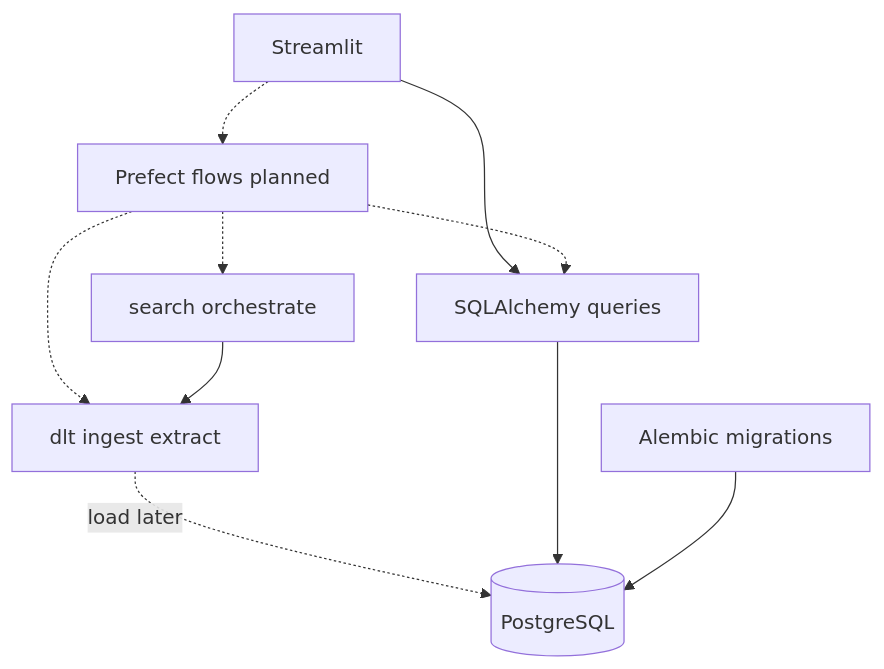
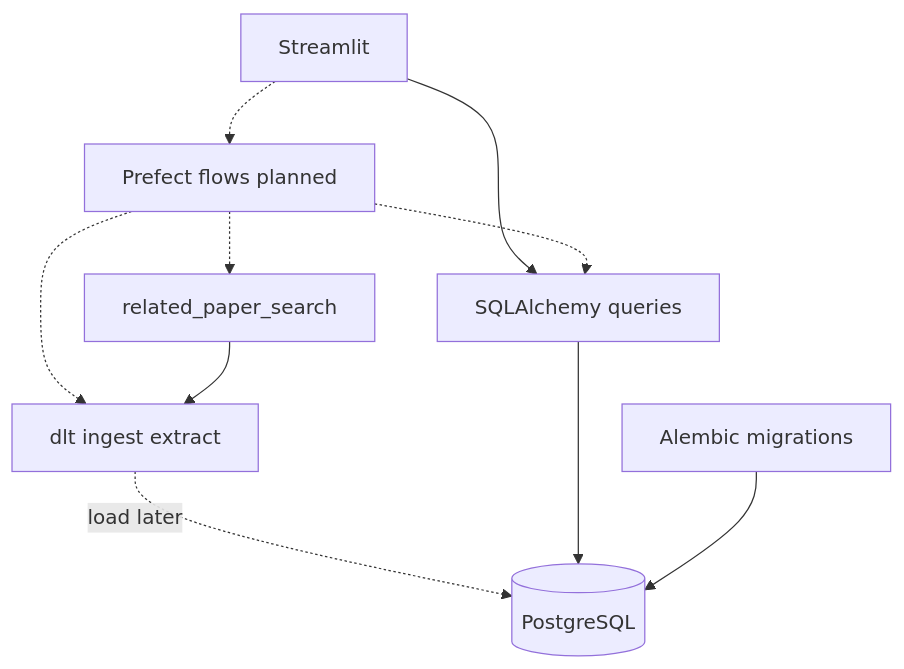
One commit to GustavoRusso/paper-reviewer changed the diagram in docs/technology-stack.md. Above: the diagram before and after it, drawn with Mermaid. The commit also changed other lines of this file and 48 other files, not shown here.

````diff
--- a/docs/technology-stack.md
+++ b/docs/technology-stack.md
@@ -32,20 +32,20 @@
 ```mermaid
 flowchart TB
   ui[Streamlit]
   orch[Prefect flows planned]
-  search[search orchestrate]
+  search[related_paper_search]
   ingest[dlt ingest extract]
   orm[SQLAlchemy queries]
   db[(PostgreSQL)]
   mig[Alembic migrations]
 
   ui --> orm
   ui -.-> orch
   orch -.-> search
   orch -.-> ingest
   orch -.-> orm
   search --> ingest
   ingest -.->|"load later"| db
   orm --> db
   mig --> db
 ```
````
